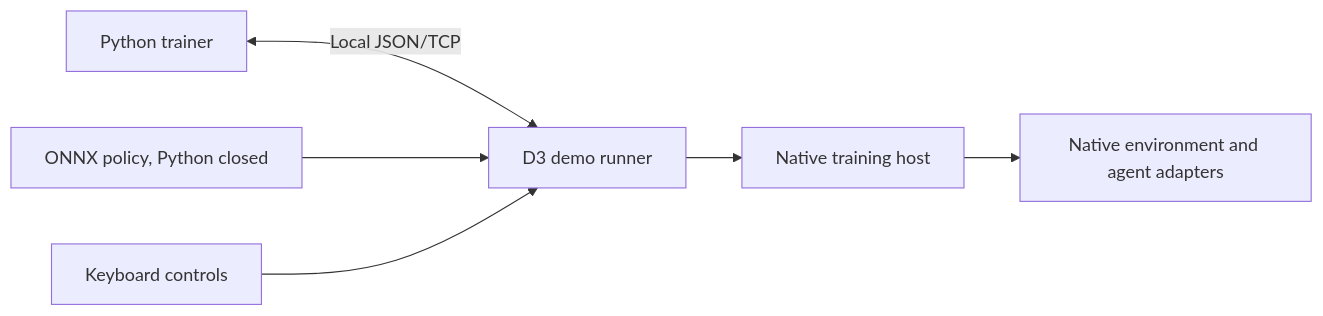
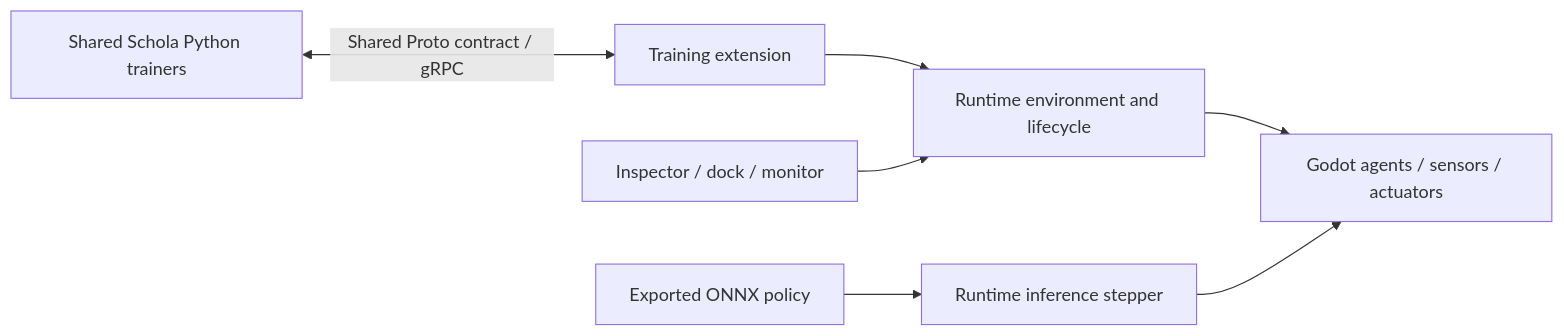
The diagram in README.md (csc301-2026-f/20-AMD-Schola), drawn with Mermaid before and after one commit. The commit also changed other lines of this file and 18 other files, not shown here.

````diff
--- a/README.md
+++ b/README.md
@@ -16,8 +34,9 @@
 ```mermaid
 flowchart LR
-    Python[Python trainer] <-->|Local JSON/TCP| Runner[D3 demo runner]
-    Runner --> Host[Native training host]
-    Host --> Environment[Native environment and agent adapters]
-    Policy[ONNX policy, Python closed] --> Runner
-    Manual[Keyboard controls] --> Runner
+    Python[Shared Schola Python trainers] <-->|Shared Proto contract / gRPC| Training[Training extension]
+    Training --> Host[Runtime environment and lifecycle]
+    Host --> Agents[Godot agents / sensors / actuators]
+    Model[Exported ONNX policy] --> Inference[Runtime inference stepper]
+    Inference --> Agents
+    Editor[Inspector / dock / monitor] --> Host
 ```
````
